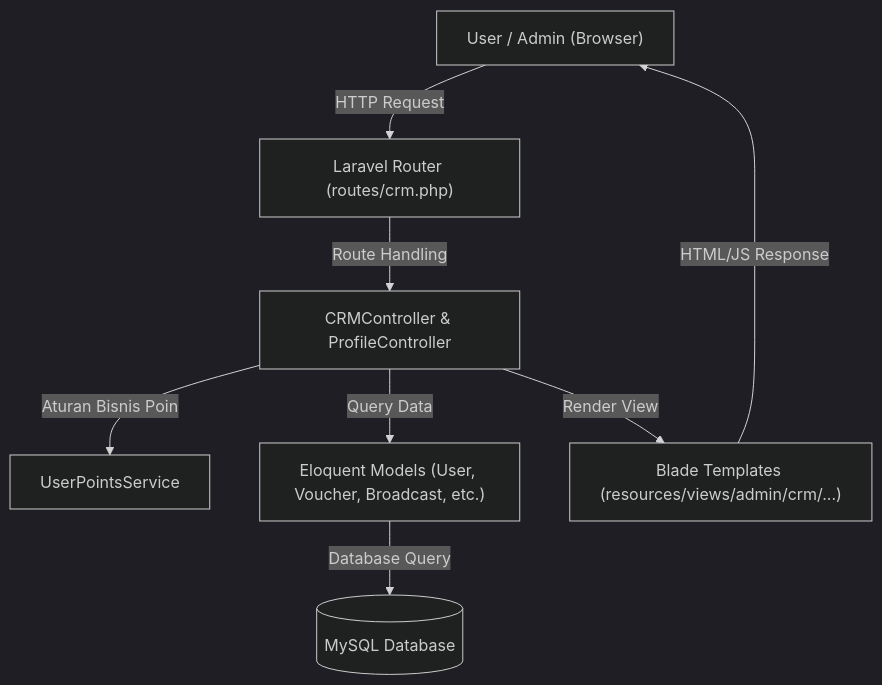
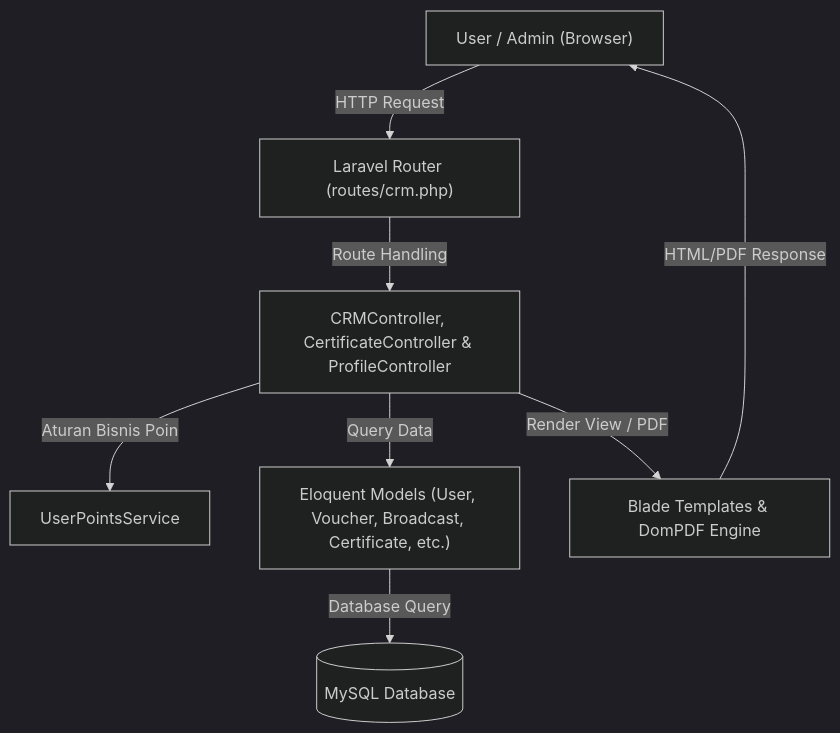
Before and after one commit to SyahwanNM/LMS-idSpora: the first of 3 diagrams in DOKUMENTASI_SISTEM_CRM_LMS.md, drawn with Mermaid (dark theme). The commit also changed other lines of this file and 8 other files, not shown here.

````diff
--- a/DOKUMENTASI_SISTEM_CRM_LMS.md
+++ b/DOKUMENTASI_SISTEM_CRM_LMS.md
@@ -25,10 +26,10 @@
 ```mermaid
 graph TD
     A["User / Admin (Browser)"] -->|HTTP Request| B["Laravel Router (routes/crm.php)"]
-    B -->|Route Handling| C["CRMController & ProfileController"]
+    B -->|Route Handling| C["CRMController, CertificateController & ProfileController"]
     C -->|Aturan Bisnis Poin| D["UserPointsService"]
-    C -->|Query Data| E["Eloquent Models (User, Voucher, Broadcast, etc.)"]
+    C -->|Query Data| E["Eloquent Models (User, Voucher, Broadcast, Certificate, etc.)"]
     E -->|Database Query| F[("MySQL Database")]
-    C -->|Render View| G["Blade Templates (resources/views/admin/crm/...)"]
-    G -->|HTML/JS Response| A
+    C -->|Render View / PDF| G["Blade Templates & DomPDF Engine"]
+    G -->|HTML/PDF Response| A
 ```
````
